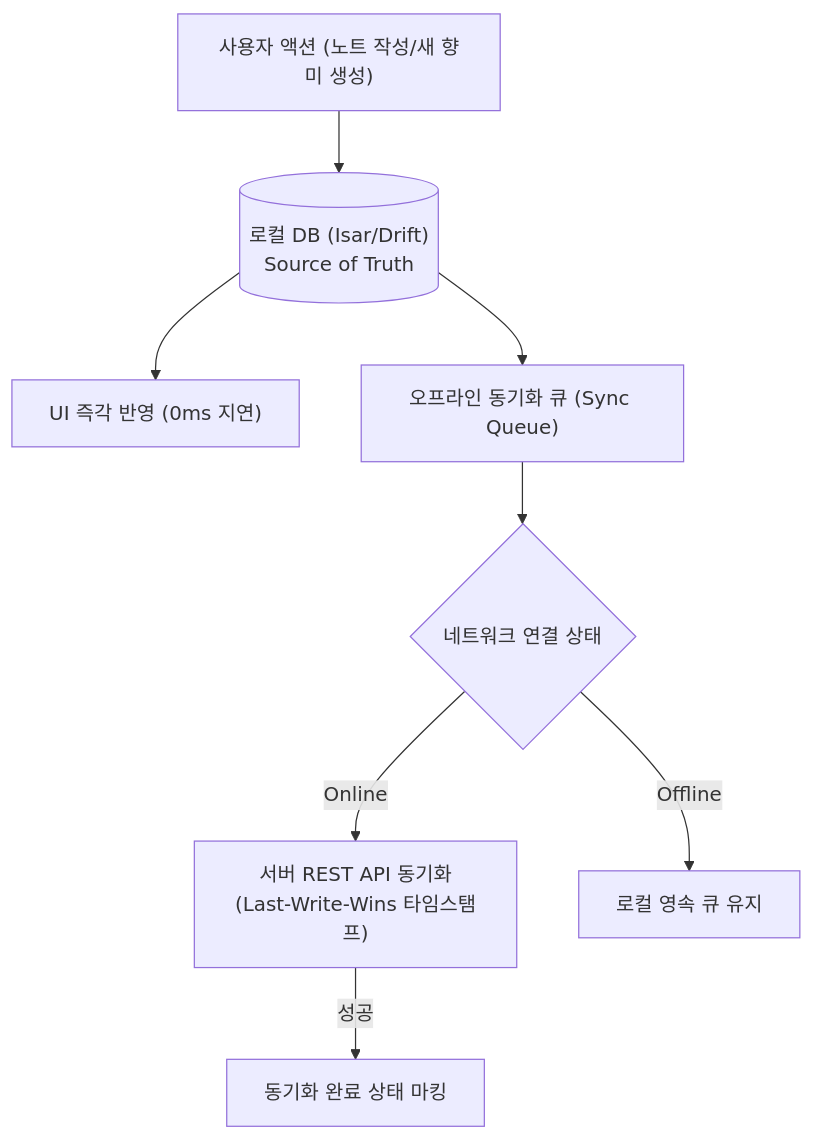
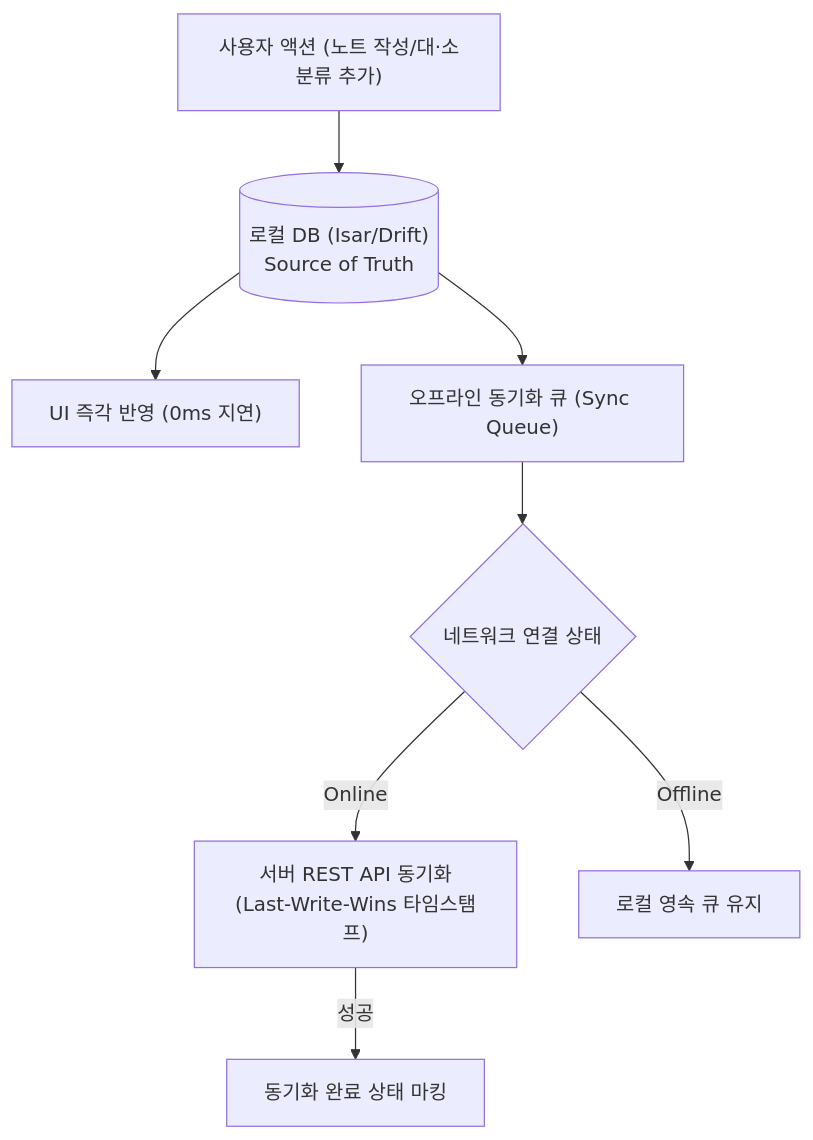
One commit to chanhooop/FlavorWheel changed the first of 5 diagrams in README.md. Above: the diagram before and after it, drawn with Mermaid. The commit also changed other lines of this file and 1 other file, not shown here.

Commit message:
feat: 10점 척도 섹터 내 소분류 분산 노드 차트, 원형 롤링 다이얼 캐러셀, 대/소분류 양방향 커스텀 생성 구현

````diff
--- a/README.md
+++ b/README.md
@@ -39,12 +39,12 @@
 ```mermaid
 flowchart TD
-    UserAction["사용자 액션 (노트 작성/새 향미 생성)"] --> LocalDB[("로컬 DB (Isar/Drift)\nSource of Truth")]
+    UserAction["사용자 액션 (노트 작성/대·소분류 추가)"] --> LocalDB[("로컬 DB (Isar/Drift)\nSource of Truth")]
     LocalDB --> OptimisticUI["UI 즉각 반영 (0ms 지연)"]
     LocalDB --> SyncQueue["오프라인 동기화 큐 (Sync Queue)"]
     
     NetworkDetector{"네트워크 연결 상태"}
     SyncQueue --> NetworkDetector
     NetworkDetector -- "Online" --> ServerSync["서버 REST API 동기화\n(Last-Write-Wins 타임스탬프)"]
     NetworkDetector -- "Offline" --> PersistQueue["로컬 영속 큐 유지"]
     ServerSync -- "성공" --> MarkSynced["동기화 완료 상태 마킹"]
 ```
````
